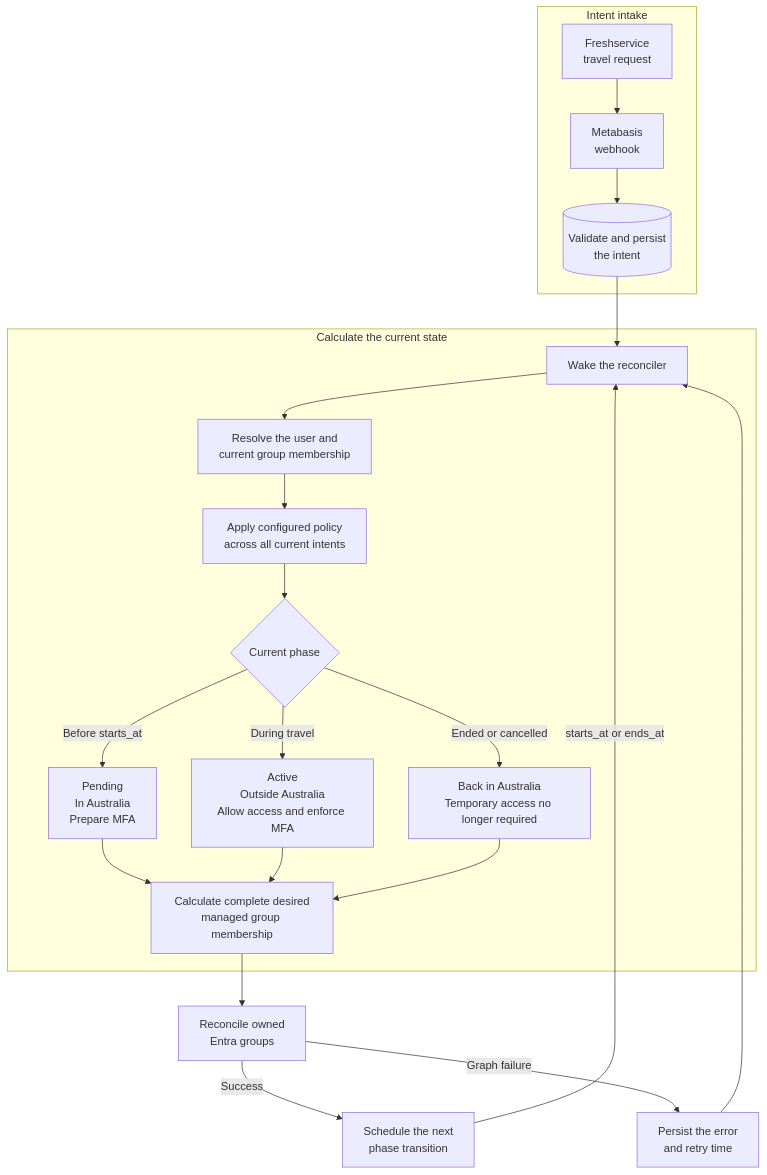
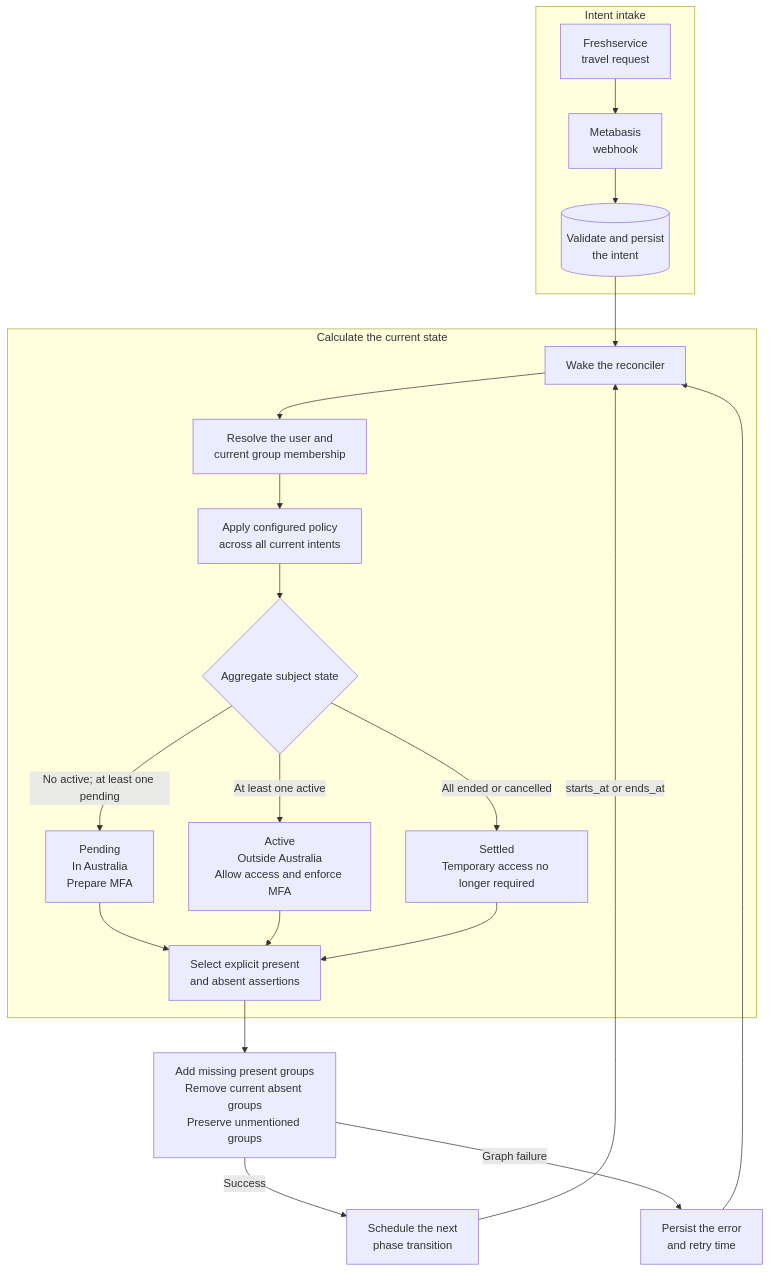
Before and after one commit to woodleighschool/metabasis: the diagram in README.md, drawn with Mermaid. The commit also changed other lines of this file and 15 other files, not shown here.

Commit message:
fix: preserve unasserted group memberships

````diff
--- a/README.md
+++ b/README.md
@@ -9,29 +9,29 @@
 ```mermaid
 flowchart TD
   subgraph intake["Intent intake"]
     freshservice["Freshservice<br/>travel request"] --> webhook["Metabasis<br/>webhook"]
     webhook --> intent[("Validate and persist<br/>the intent")]
   end
 
   intent --> reconcile["Wake the reconciler"]
 
   subgraph planning["Calculate the current state"]
     reconcile --> identity["Resolve the user and<br/>current group membership"]
     identity --> policy["Apply configured policy<br/>across all current intents"]
-    policy --> phase{"Current phase"}
+    policy --> state{"Aggregate subject state"}
 
-    phase -->|Before starts_at| pending["Pending<br/>In Australia<br/>Prepare MFA"]
-    phase -->|During travel| active["Active<br/>Outside Australia<br/>Allow access and enforce MFA"]
-    phase -->|Ended or cancelled| ended["Back in Australia<br/>Temporary access no longer required"]
+    state -->|No active; at least one pending| pending["Pending<br/>In Australia<br/>Prepare MFA"]
+    state -->|At least one active| active["Active<br/>Outside Australia<br/>Allow access and enforce MFA"]
+    state -->|All ended or cancelled| settled["Settled<br/>Temporary access no longer required"]
 
-    pending --> desired["Calculate complete desired<br/>managed group membership"]
-    active --> desired
-    ended --> desired
+    pending --> assertions["Select explicit present<br/>and absent assertions"]
+    active --> assertions
+    settled --> assertions
   end
 
-  desired --> entra["Reconcile owned<br/>Entra groups"]
+  assertions --> entra["Add missing present groups<br/>Remove current absent groups<br/>Preserve unmentioned groups"]
   entra -->|Success| schedule["Schedule the next<br/>phase transition"]
   entra -->|Graph failure| retry["Persist the error<br/>and retry time"]
   schedule -->|starts_at or ends_at| reconcile
   retry --> reconcile
 ```
````
